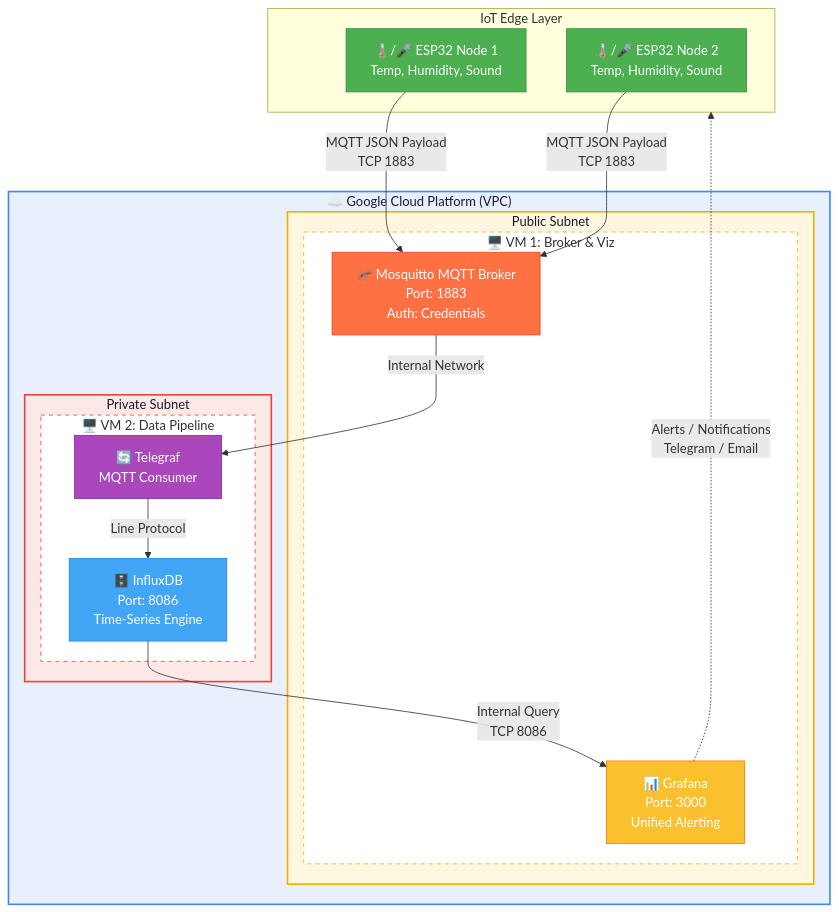
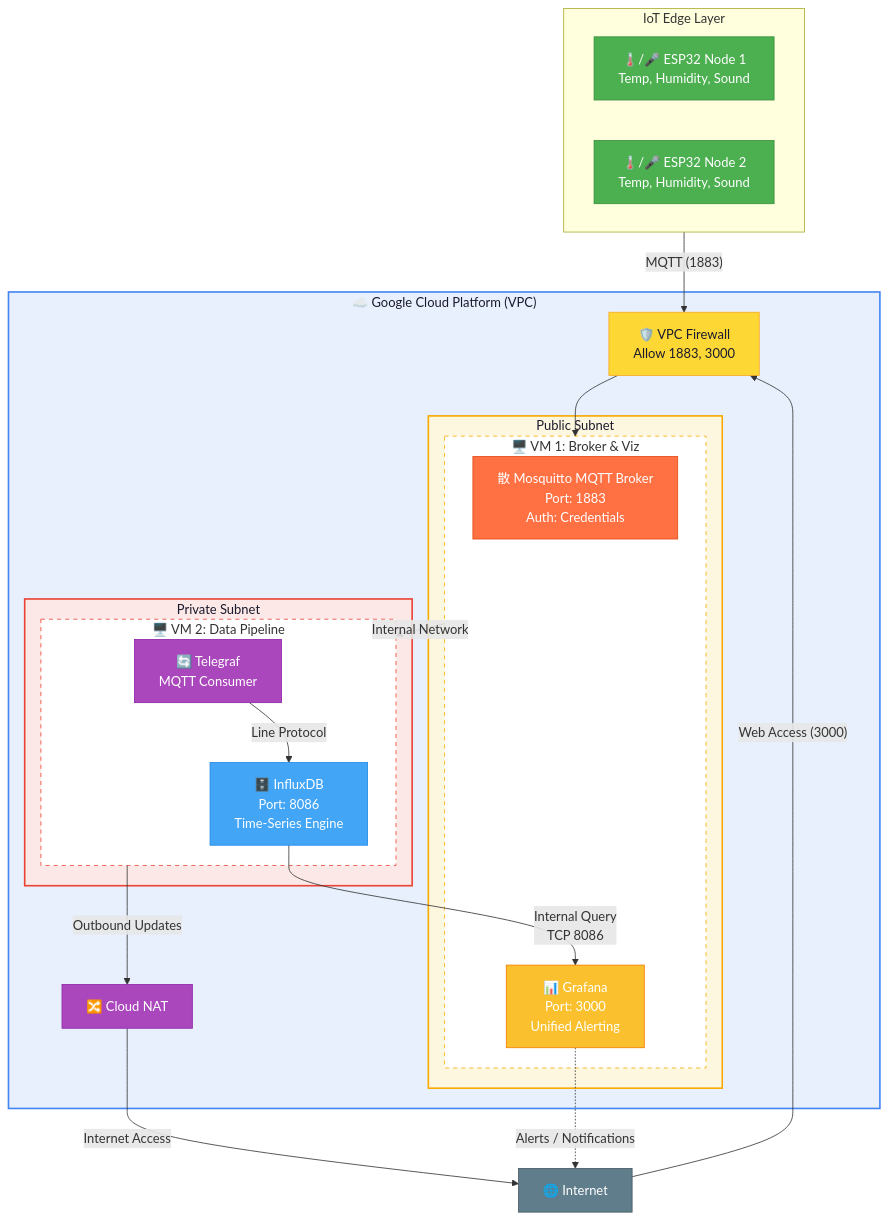
Before and after one commit to jggomez/iot-monitoring-system-01: the diagram in README.md, drawn with Mermaid.

````diff
--- a/README.md
+++ b/README.md
@@ -16,46 +16,59 @@
 ```mermaid
 graph TB
-    subgraph IoT_Layer ["IoT Edge Layer"]
-        ESP1["🌡️/🎤 ESP32 Node 1<br>Temp, Humidity, Sound"]
-        ESP2["🌡️/🎤 ESP32 Node 2<br>Temp, Humidity, Sound"]
-    end
+    INTERNET["🌐 Internet"]
 
     subgraph GCP_Cloud ["☁️ Google Cloud Platform (VPC)"]
+        FW["🛡️ VPC Firewall<br>Allow 1883, 3000"]
+        
         subgraph PUB_SUB ["Public Subnet"]
             subgraph VM1 ["🖥️ VM 1: Broker & Viz"]
-                MOSQ["🦟 Mosquitto MQTT Broker<br>Port: 1883<br>Auth: Credentials"]
+                MOSQ["散 Mosquitto MQTT Broker<br>Port: 1883<br>Auth: Credentials"]
                 GRAF["📊 Grafana<br>Port: 3000<br>Unified Alerting"]
             end
         end
+
+        NAT["🔀 Cloud NAT"]
 
         subgraph PRIV_SUB ["Private Subnet"]
             subgraph VM2 ["🖥️ VM 2: Data Pipeline"]
                 TEL["🔄 Telegraf<br>MQTT Consumer"]
                 DB["🗄️ InfluxDB<br>Port: 8086<br>Time-Series Engine"]
             end
         end
     end
 
+    subgraph IoT_Layer ["IoT Edge Layer"]
+        ESP1["🌡️/🎤 ESP32 Node 1<br>Temp, Humidity, Sound"]
+        ESP2["🌡️/🎤 ESP32 Node 2<br>Temp, Humidity, Sound"]
+    end
+
     %% Flow Connections
-    ESP1 -- "MQTT JSON Payload<br>TCP 1883" --> MOSQ
-    ESP2 -- "MQTT JSON Payload<br>TCP 1883" --> MOSQ
+    INTERNET -- "Web Access (3000)" --> FW
+    IoT_Layer -- "MQTT (1883)" --> FW
+    FW --> VM1
 
-    MOSQ -- "Internal Network" --> TEL
+    VM1 -- "Internal Network" --> VM2
     TEL -- "Line Protocol" --> DB
     DB -- "Internal Query<br>TCP 8086" --> GRAF
     
-    GRAF -. "Alerts / Notifications<br>Telegram / Email" .-> IoT_Layer
+    VM2 -- "Outbound Updates" --> NAT
+    NAT -- "Internet Access" --> INTERNET
+    
+    GRAF -. "Alerts / Notifications" .-> INTERNET
 
     %% Component Styles
     style GCP_Cloud fill:#e8f0fe,stroke:#4285F4,stroke-width:2px,color:#1a1a2e
     style PUB_SUB fill:#fef7e0,stroke:#F9AB00,stroke-width:2px,color:#1a1a2e
     style PRIV_SUB fill:#fce8e6,stroke:#EA4335,stroke-width:2px,color:#1a1a2e
     style VM1 fill:#ffffff,stroke:#F9AB00,stroke-dasharray: 5 5
     style VM2 fill:#ffffff,stroke:#EA4335,stroke-dasharray: 5 5
+    style FW fill:#FDD835,stroke:#F9A825,color:#1a1a2e
+    style NAT fill:#AB47BC,stroke:#8E24AA,color:#fff
+    style INTERNET fill:#607D8B,stroke:#455A64,color:#fff
     style ESP1 fill:#4CAF50,stroke:#388E3C,color:#fff
     style ESP2 fill:#4CAF50,stroke:#388E3C,color:#fff
     style MOSQ fill:#FF7043,stroke:#E64A19,color:#fff
     style TEL fill:#AB47BC,stroke:#8E24AA,color:#fff
     style DB fill:#42A5F5,stroke:#1E88E5,color:#fff
     style GRAF fill:#FBC02D,stroke:#F57C00,color:#fff
 ```
````
